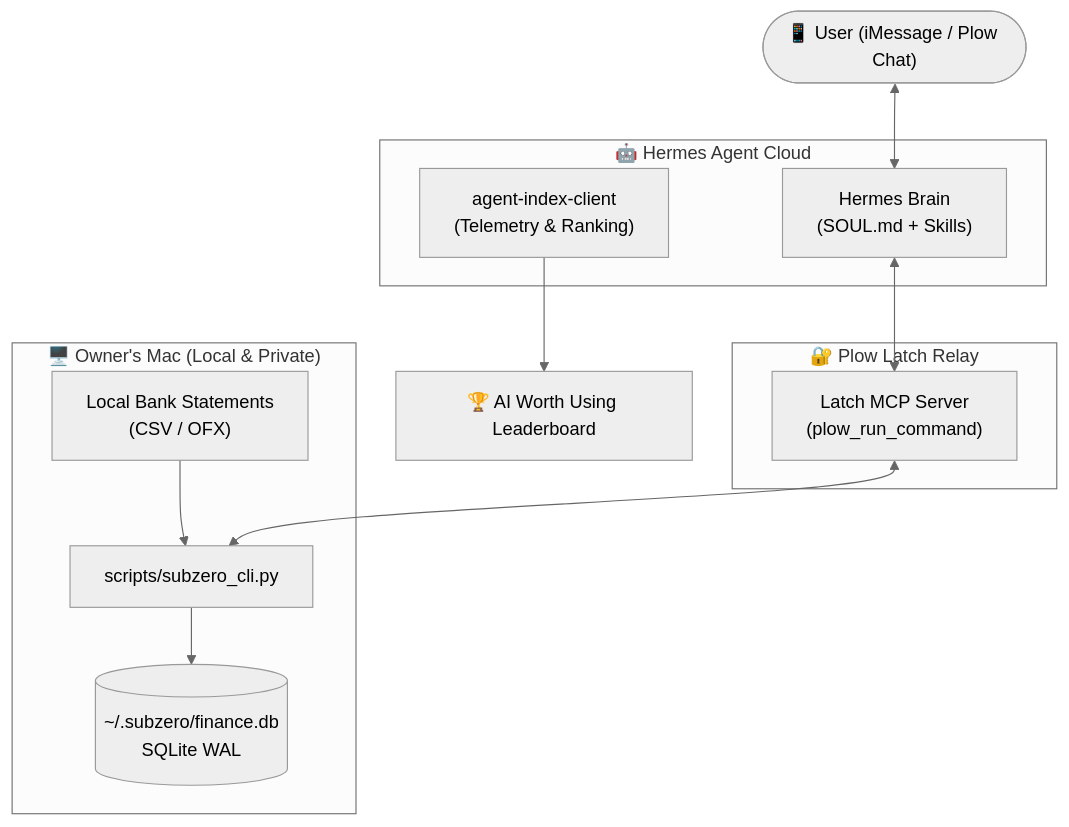
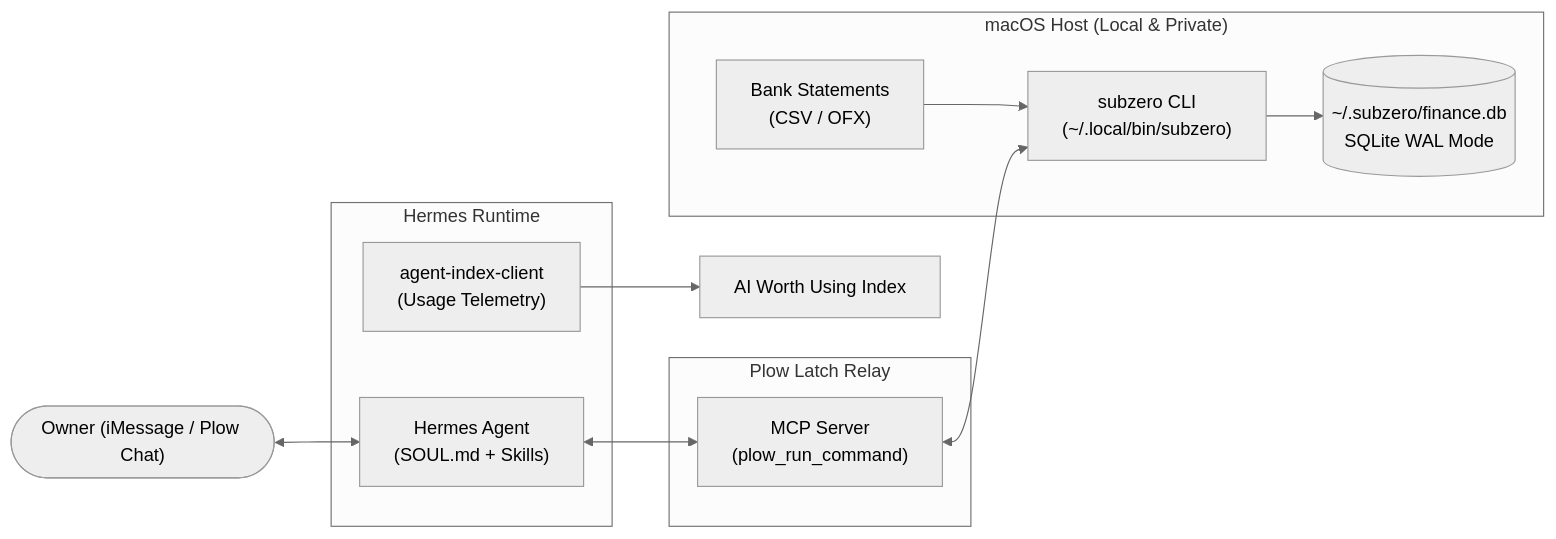
Before and after one commit to ispectr3/subzero-agent: the diagram in README.md, drawn with Mermaid (neutral theme). The commit also changed other lines of this file and 1 other file, not shown here.

Commit message:
docs & ci: streamline README, add multi-version macOS CI workflow

````diff
--- a/README.md
+++ b/README.md
@@ -36,24 +36,24 @@
 ```mermaid
-flowchart TD
-    subgraph OwnerDevice ["🖥️ Owner's Mac (Local & Private)"]
-        CLI["scripts/subzero_cli.py"]
-        DB[("~/.subzero/finance.db\nSQLite WAL")]
-        Statements["Local Bank Statements\n(CSV / OFX)"]
+flowchart LR
+    subgraph Host ["macOS Host (Local & Private)"]
+        CLI["subzero CLI\n(~/.local/bin/subzero)"]
+        DB[("~/.subzero/finance.db\nSQLite WAL Mode")]
+        Files["Bank Statements\n(CSV / OFX)"]
         CLI --> DB
-        Statements --> CLI
+        Files --> CLI
     end
 
-    subgraph PlowRelay ["🔐 Plow Latch Relay"]
-        MCP["Latch MCP Server\n(plow_run_command)"]
+    subgraph Relay ["Plow Latch Relay"]
+        MCP["MCP Server\n(plow_run_command)"]
     end
 
-    subgraph CloudHermes ["🤖 Hermes Agent Cloud"]
-        Hermes["Hermes Brain\n(SOUL.md + Skills)"]
-        IndexClient["agent-index-client\n(Telemetry & Ranking)"]
+    subgraph Container ["Hermes Runtime"]
+        Agent["Hermes Agent\n(SOUL.md + Skills)"]
+        Tele["agent-index-client\n(Usage Telemetry)"]
     end
 
-    User(["📱 User (iMessage / Plow Chat)"]) <--> Hermes
-    Hermes <--> MCP
+    User(["Owner (iMessage / Plow Chat)"]) <--> Agent
+    Agent <--> MCP
     MCP <--> CLI
-    IndexClient --> Leaderboard["🏆 AI Worth Using Leaderboard"]
+    Tele --> Leaderboard["AI Worth Using Index"]
 ```
````
